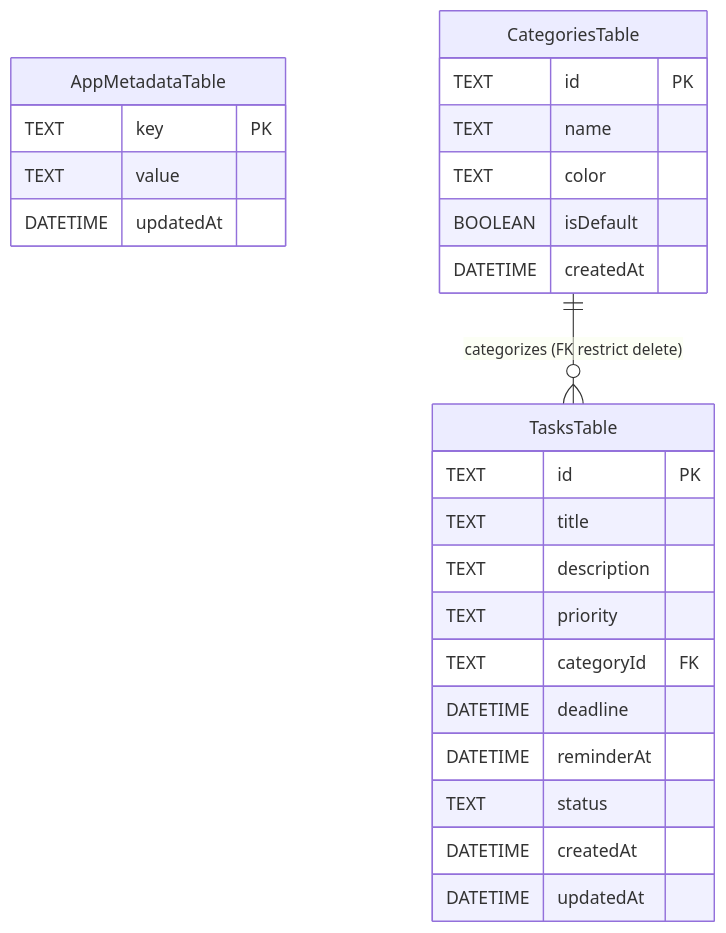
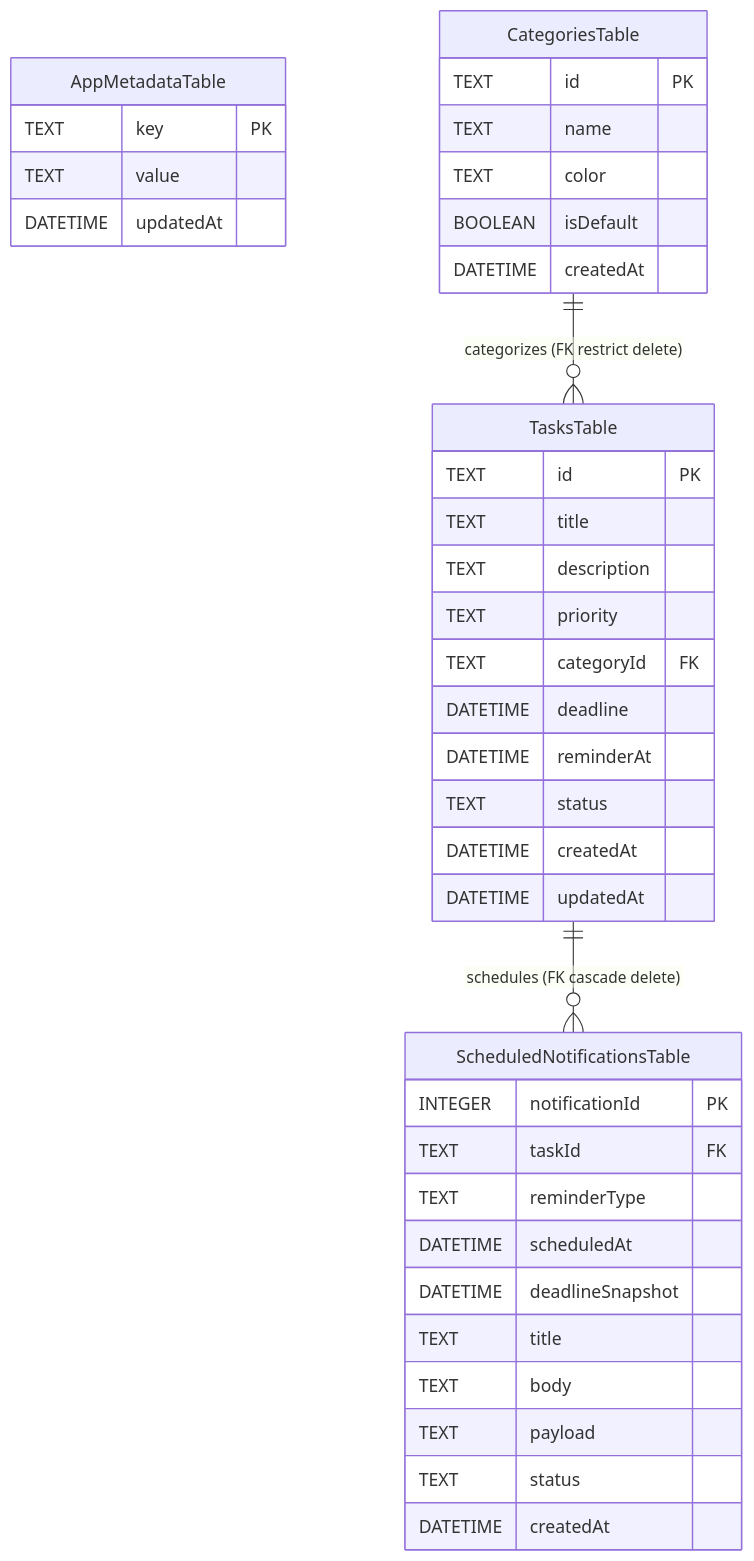
The diagram in docs/DATABASE_SCHEMA.md (DinkarTiwari03/Smart-TO_Do-app), drawn with Mermaid before and after one commit. The commit also changed other lines of this file and 31 other files, not shown here.

````diff
--- a/docs/DATABASE_SCHEMA.md
+++ b/docs/DATABASE_SCHEMA.md
@@ -13,31 +13,45 @@
 ```mermaid
 erDiagram
     AppMetadataTable {
         TEXT key PK
         TEXT value
         DATETIME updatedAt
     }
 
     CategoriesTable {
         TEXT id PK
         TEXT name
         TEXT color
         BOOLEAN isDefault
         DATETIME createdAt
     }
 
     TasksTable {
         TEXT id PK
         TEXT title
         TEXT description
         TEXT priority
         TEXT categoryId FK
         DATETIME deadline
         DATETIME reminderAt
         TEXT status
         DATETIME createdAt
         DATETIME updatedAt
     }
 
+    ScheduledNotificationsTable {
+        INTEGER notificationId PK
+        TEXT taskId FK
+        TEXT reminderType
+        DATETIME scheduledAt
+        DATETIME deadlineSnapshot
+        TEXT title
+        TEXT body
+        TEXT payload
+        TEXT status
+        DATETIME createdAt
+    }
+
     CategoriesTable ||--o{ TasksTable : "categorizes (FK restrict delete)"
+    TasksTable ||--o{ ScheduledNotificationsTable : "schedules (FK cascade delete)"
 ```
````
